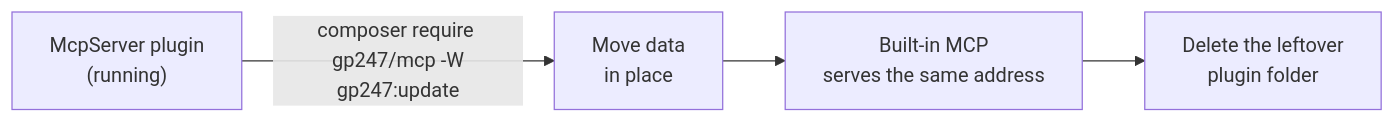
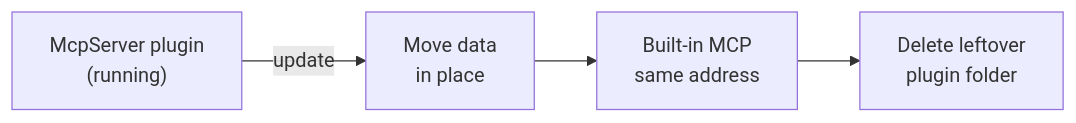
The second of 2 diagrams in mcp/mcp-administration.md (gp247net/gp247-docs), drawn with Mermaid before and after one commit. The commit also changed other lines of this file and 44 other files, not shown here.

First line of the commit message:
docs: redraw oversized diagrams in security, API and MCP docs (vi/en/ja)

````diff
--- a/mcp/mcp-administration.md
+++ b/mcp/mcp-administration.md
@@ -110,6 +110,6 @@
 ```mermaid
 flowchart LR
-    P["McpServer plugin<br/>(running)"] -->|"composer require gp247/mcp -W<br/>gp247:update"| M["Move data<br/>in place"]
-    M --> N["Built-in MCP<br/>serves the same address"]
-    N --> D["Delete the leftover<br/>plugin folder"]
+    P["McpServer plugin<br/>(running)"] -->|"update"| M["Move data<br/>in place"]
+    M --> N["Built-in MCP<br/>same address"]
+    N --> D["Delete leftover<br/>plugin folder"]
 ```
````
